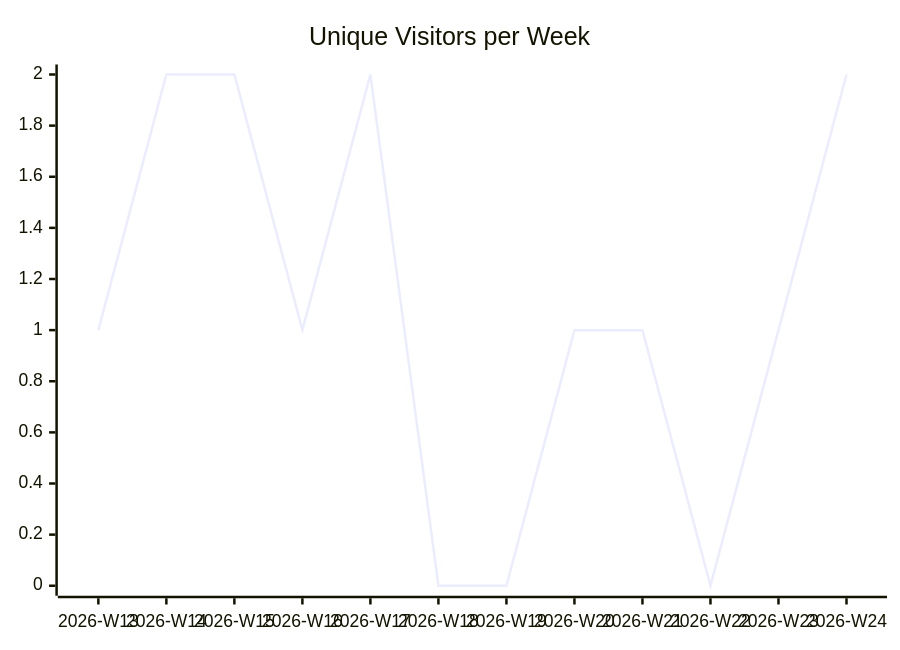
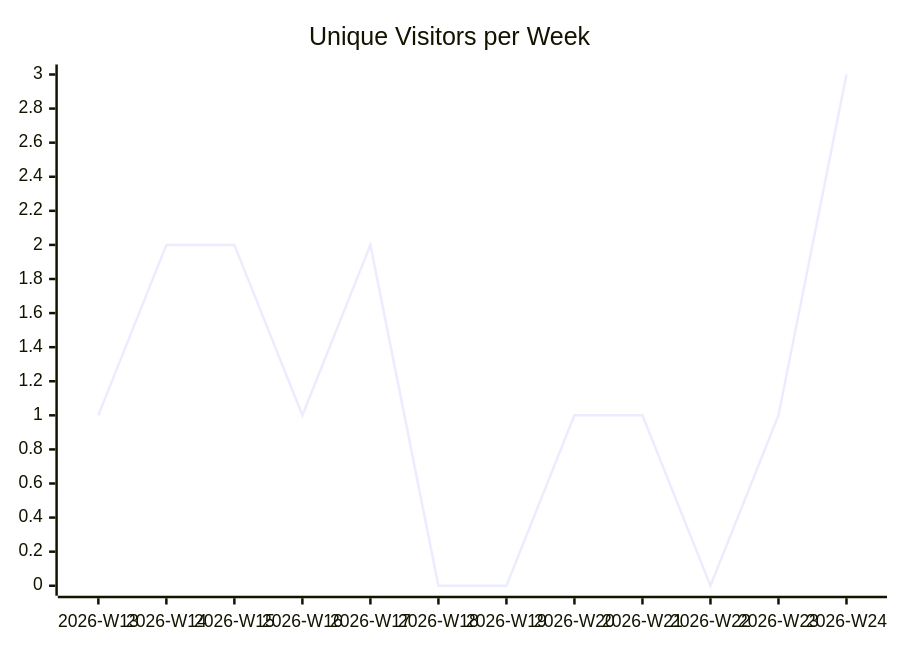
One commit to justdavis-family/github-analytics-data changed the first of 3 diagrams in karlmdavis/fhir-benchmarks/README.md. Above: the diagram before and after it, drawn with Mermaid. The commit also changed other lines of this file and 193 other files, not shown here.

````diff
--- a/karlmdavis/fhir-benchmarks/README.md
+++ b/karlmdavis/fhir-benchmarks/README.md
@@ -5,6 +5,6 @@
 ```mermaid
 xychart-beta
   title "Unique Visitors per Week"
   x-axis ["2026-W13", "2026-W14", "2026-W15", "2026-W16", "2026-W17", "2026-W18", "2026-W19", "2026-W20", "2026-W21", "2026-W22", "2026-W23", "2026-W24"]
-  line [1, 2, 2, 1, 2, 0, 0, 1, 1, 0, 1, 2]
+  line [1, 2, 2, 1, 2, 0, 0, 1, 1, 0, 1, 3]
 ```
````
